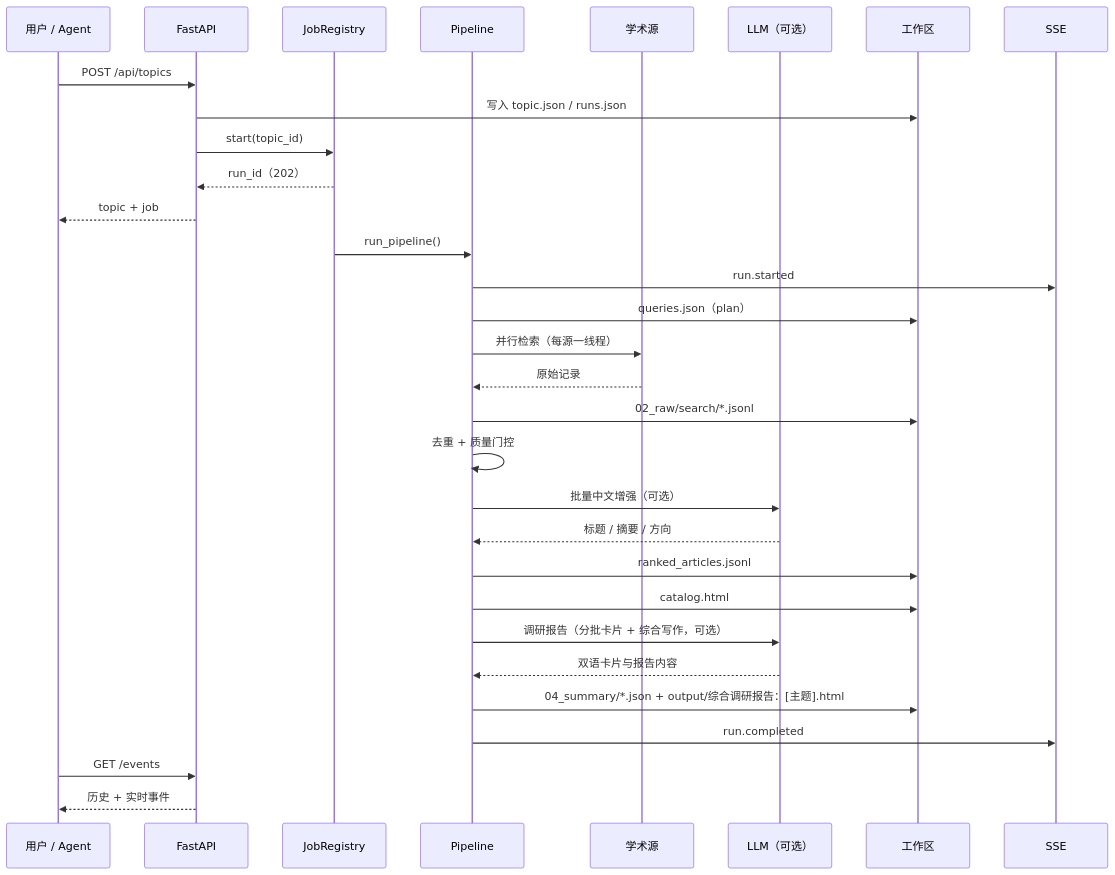
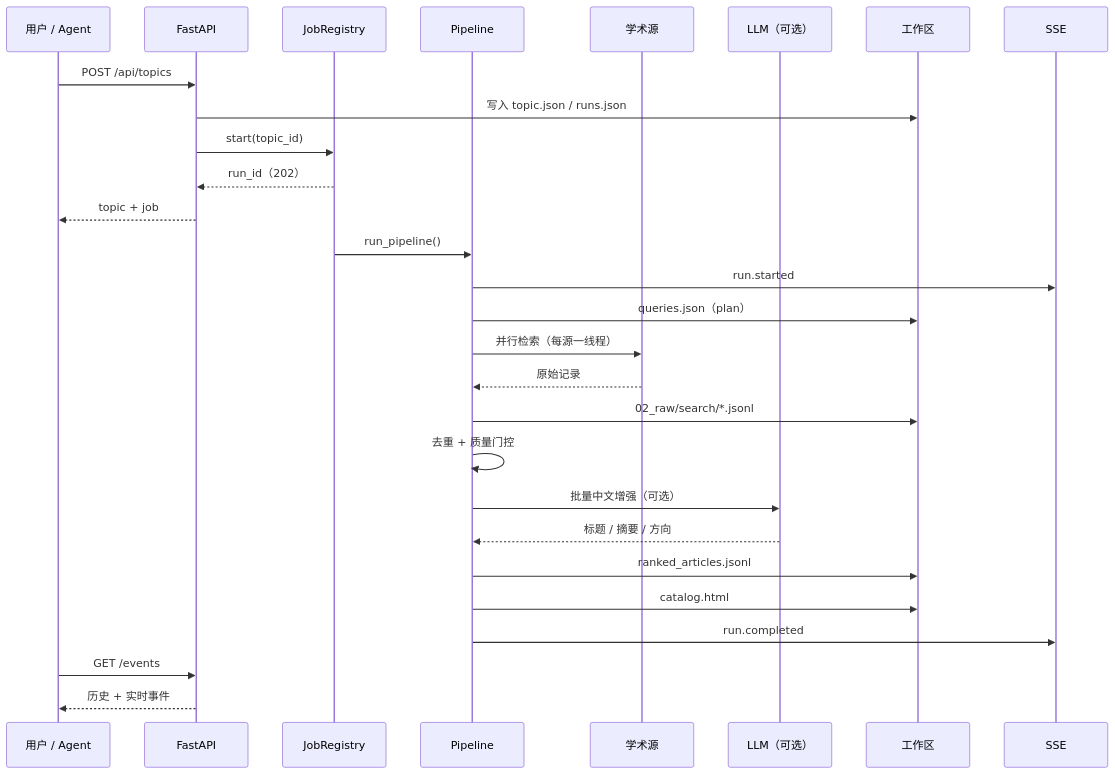
The first of 2 diagrams in docs/agent-flow.md (njuptemmm/Sextant), drawn with Mermaid before and after one commit. The commit also changed other lines of this file and 16 other files, not shown here.

````diff
--- a/docs/agent-flow.md
+++ b/docs/agent-flow.md
@@ -7,34 +7,31 @@
 ```mermaid
 sequenceDiagram
     participant U as 用户 / Agent
     participant API as FastAPI
     participant J as JobRegistry
     participant P as Pipeline
     participant S as 学术源
     participant L as LLM（可选）
     participant W as 工作区
     participant E as SSE
 
     U->>API: POST /api/topics
     API->>W: 写入 topic.json / runs.json
     API->>J: start(topic_id)
     J-->>API: run_id（202）
     API-->>U: topic + job
     J->>P: run_pipeline()
     P->>E: run.started
     P->>W: queries.json（plan）
     P->>S: 并行检索（每源一线程）
     S-->>P: 原始记录
     P->>W: 02_raw/search/*.jsonl
     P->>P: 去重 + 质量门控
     P->>L: 批量中文增强（可选）
     L-->>P: 标题 / 摘要 / 方向
     P->>W: ranked_articles.jsonl
     P->>W: catalog.html
-    P->>L: 调研报告（分批卡片 + 综合写作，可选）
-    L-->>P: 双语卡片与报告内容
-    P->>W: 04_summary/*.json + output/综合调研报告：[主题].html
     P->>E: run.completed
     U->>API: GET /events
     API-->>U: 历史 + 实时事件
 ```
````
